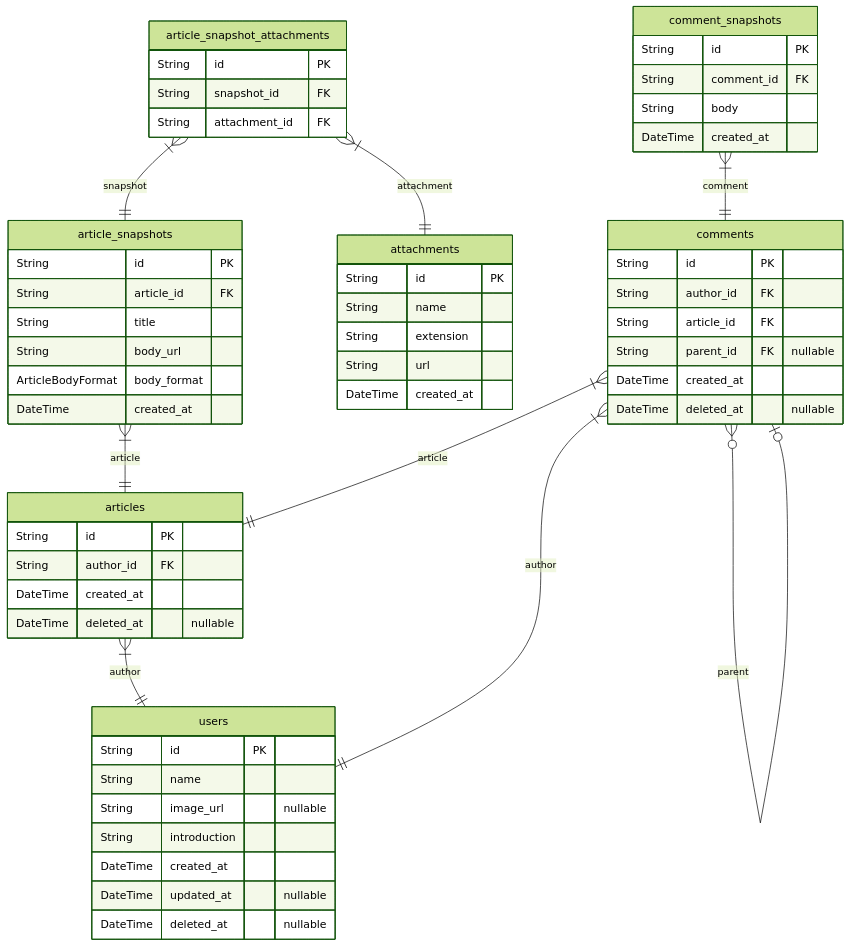
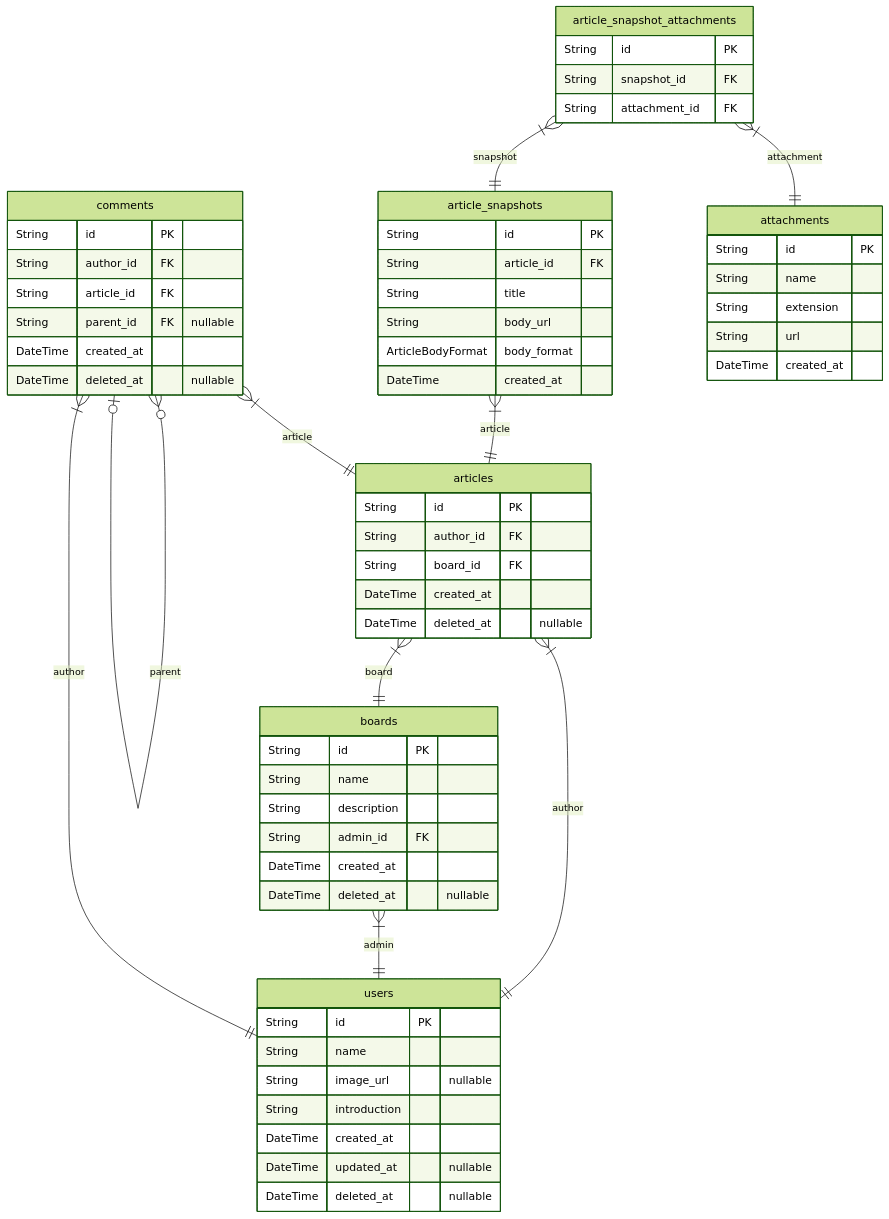
The fourth of 6 diagrams in ERD.md (rojiwon123/bbs), drawn with Mermaid (forest theme) before and after one commit. The commit also changed other lines of this file and 11 other files, not shown here.

````diff
--- a/ERD.md
+++ b/ERD.md
@@ -10,60 +935,64 @@
 ```mermaid
 erDiagram
 articles {
     String id PK
     String author_id FK
+    String board_id FK
     DateTime created_at
     DateTime deleted_at "nullable"
 }
 article_snapshots {
     String id PK
     String article_id FK
     String title
     String body_url
     ArticleBodyFormat body_format
     DateTime created_at
 }
 article_snapshot_attachments {
     String id PK
     String snapshot_id FK
     String attachment_id FK
 }
-attachments {
+boards {
     String id PK
     String name
-    String extension
-    String url
+    String description
+    String admin_id FK
     DateTime created_at
+    DateTime deleted_at "nullable"
 }
 comments {
     String id PK
     String author_id FK
     String article_id FK
     String parent_id FK "nullable"
     DateTime created_at
     DateTime deleted_at "nullable"
 }
-comment_snapshots {
+attachments {
     String id PK
-    String comment_id FK
-    String body
+    String name
+    String extension
+    String url
     DateTime created_at
 }
 users {
     String id PK
     String name
     String image_url "nullable"
     String introduction
     DateTime created_at
     DateTime updated_at "nullable"
     DateTime deleted_at "nullable"
 }
 articles }|--|| users : author
+articles }|--|| boards : board
 article_snapshots }|--|| articles : article
 article_snapshot_attachments }|--|| article_snapshots : snapshot
 article_snapshot_attachments }|--|| attachments : attachment
+boards }|--|| users : admin
 comments }|--|| users : author
 comments }|--|| articles : article
 comments }o--o| comments : parent
-comment_snapshots }|--|| comments : comment
 ```
````
